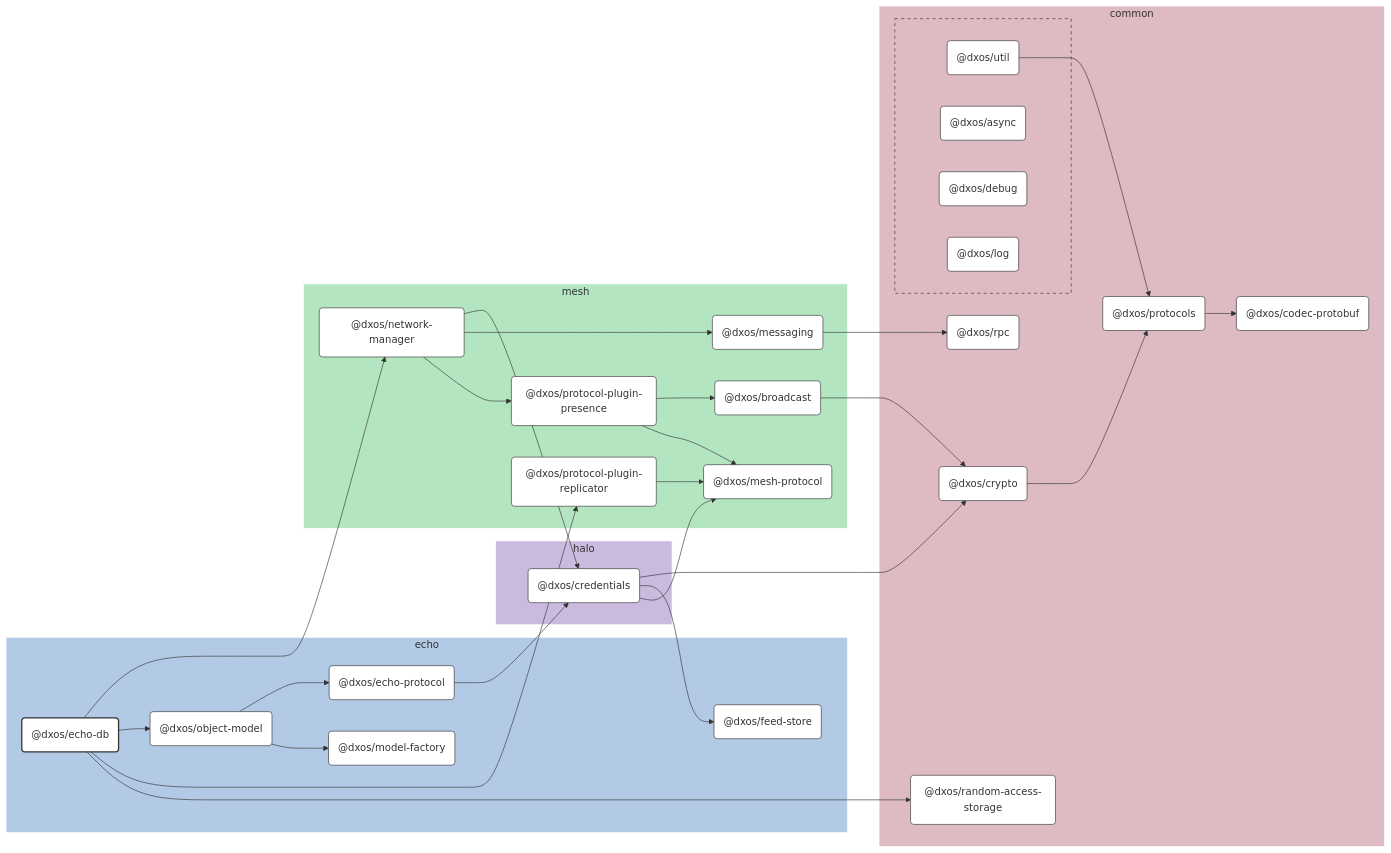
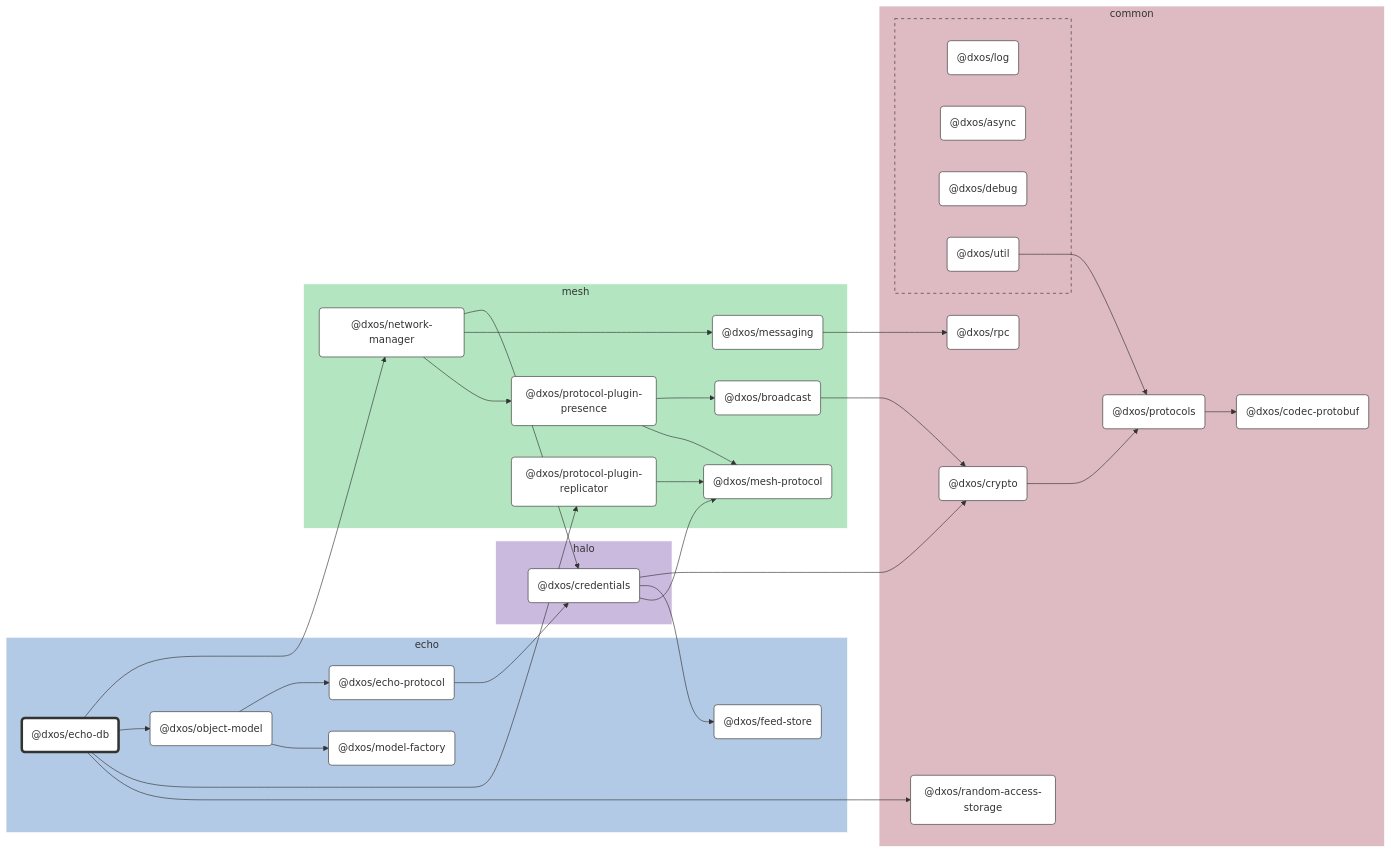
Before and after one commit to dxos/dxos: the diagram in packages/echo/echo-db/docs/README.md, drawn with Mermaid. The commit also changed 104 other files, not shown here.

````diff
--- a/packages/echo/echo-db/docs/README.md
+++ b/packages/echo/echo-db/docs/README.md
@@ -9,124 +9,95 @@
 
 flowchart LR
 
-%% Links
-dxos/broadcast --> dxos/crypto;
-dxos/credentials --> dxos/crypto;
-dxos/credentials --> dxos/feed-store;
-dxos/credentials --> dxos/mesh-protocol;
-dxos/crypto --> dxos/protocols;
-dxos/echo-db --> dxos/network-manager;
-dxos/echo-db --> dxos/object-model;
-dxos/echo-db --> dxos/protocol-plugin-replicator;
-dxos/echo-db --> dxos/random-access-storage;
-dxos/echo-protocol --> dxos/credentials;
-dxos/messaging --> dxos/rpc;
-dxos/network-manager --> dxos/credentials;
-dxos/network-manager --> dxos/messaging;
-dxos/network-manager --> dxos/protocol-plugin-presence;
-dxos/object-model --> dxos/echo-protocol;
-dxos/object-model --> dxos/model-factory;
-dxos/protocol-plugin-presence --> dxos/broadcast;
-dxos/protocol-plugin-presence --> dxos/mesh-protocol;
-dxos/protocol-plugin-replicator --> dxos/mesh-protocol;
-dxos/protocols --> dxos/codec-protobuf;
-dxos/util --> dxos/protocols;
+%% Classes
+classDef def fill:#fff,stroke:#333,stroke-width:1px
+classDef root fill:#fff,stroke:#333,stroke-width:4px
 
-%% Sections
-subgraph echo
-  style echo fill:#b3cae6,stroke:#fff;
+%% Nodes
 
-  dxos/echo-db("@dxos/echo-db")
-  dxos/echo-protocol("@dxos/echo-protocol")
-  dxos/feed-store("@dxos/feed-store")
-  dxos/model-factory("@dxos/model-factory")
-  dxos/object-model("@dxos/object-model")
+subgraph echo [echo]
+  style echo fill:#b3cae6,stroke:#fff
+  dxos/echo-db("@dxos/echo-db"):::root
+  click dxos/echo-db "dxos/dxos/tree/main/packages/echo/echo-db/docs"
+  dxos/feed-store("@dxos/feed-store"):::def
+  click dxos/feed-store "dxos/dxos/tree/main/packages/echo/feed-store/docs"
+  dxos/echo-protocol("@dxos/echo-protocol"):::def
+  click dxos/echo-protocol "dxos/dxos/tree/main/packages/echo/echo-protocol/docs"
+  dxos/model-factory("@dxos/model-factory"):::def
+  click dxos/model-factory "dxos/dxos/tree/main/packages/echo/model-factory/docs"
+  dxos/object-model("@dxos/object-model"):::def
+  click dxos/object-model "dxos/dxos/tree/main/packages/echo/object-model/docs"
 end
 
-subgraph common
-  style common fill:#debac2,stroke:#fff;
-
-  dxos/codec-protobuf("@dxos/codec-protobuf")
-  dxos/crypto("@dxos/crypto")
-  dxos/protocols("@dxos/protocols")
-  dxos/random-access-storage("@dxos/random-access-storage")
-  dxos/rpc("@dxos/rpc")
+subgraph common [common]
+  style common fill:#debac2,stroke:#fff
+  dxos/codec-protobuf("@dxos/codec-protobuf"):::def
+  click dxos/codec-protobuf "dxos/dxos/tree/main/packages/common/codec-protobuf/docs"
+  dxos/crypto("@dxos/crypto"):::def
+  click dxos/crypto "dxos/dxos/tree/main/packages/common/crypto/docs"
+  dxos/protocols("@dxos/protocols"):::def
+  click dxos/protocols "dxos/dxos/tree/main/packages/common/protocols/docs"
+  dxos/rpc("@dxos/rpc"):::def
+  click dxos/rpc "dxos/dxos/tree/main/packages/common/rpc/docs"
+  dxos/random-access-storage("@dxos/random-access-storage"):::def
+  click dxos/random-access-storage "dxos/dxos/tree/main/packages/common/random-access-storage/docs"
 
   subgraph common-excluded [ ]
-    style common-excluded fill:#debac2,stroke:#333,stroke-dasharray:5 5;
-
-    dxos/async("@dxos/async")
-    dxos/debug("@dxos/debug")
-    dxos/log("@dxos/log")
-    dxos/util("@dxos/util")
+    style common-excluded fill:#debac2,stroke:#333,stroke-dasharray:5 5
+    dxos/log("@dxos/log"):::def
+    click dxos/log "dxos/dxos/tree/main/packages/common/log/docs"
+    dxos/async("@dxos/async"):::def
+    click dxos/async "dxos/dxos/tree/main/packages/common/async/docs"
+    dxos/debug("@dxos/debug"):::def
+    click dxos/debug "dxos/dxos/tree/main/packages/common/debug/docs"
+    dxos/util("@dxos/util"):::def
+    click dxos/util "dxos/dxos/tree/main/packages/common/util/docs"
   end
 end
 
-subgraph halo
-  style halo fill:#cabade,stroke:#fff;
-
-  dxos/credentials("@dxos/credentials")
+subgraph halo [halo]
+  style halo fill:#cabade,stroke:#fff
+  dxos/credentials("@dxos/credentials"):::def
+  click dxos/credentials "dxos/dxos/tree/main/packages/halo/credentials/docs"
 end
 
-subgraph mesh
-  style mesh fill:#b3e6c0,stroke:#fff;
-
-  dxos/broadcast("@dxos/broadcast")
-  dxos/mesh-protocol("@dxos/mesh-protocol")
-  dxos/messaging("@dxos/messaging")
-  dxos/network-manager("@dxos/network-manager")
-  dxos/protocol-plugin-presence("@dxos/protocol-plugin-presence")
-  dxos/protocol-plugin-replicator("@dxos/protocol-plugin-replicator")
+subgraph mesh [mesh]
+  style mesh fill:#b3e6c0,stroke:#fff
+  dxos/mesh-protocol("@dxos/mesh-protocol"):::def
+  click dxos/mesh-protocol "dxos/dxos/tree/main/packages/mesh/mesh-protocol/docs"
+  dxos/messaging("@dxos/messaging"):::def
+  click dxos/messaging "dxos/dxos/tree/main/packages/mesh/messaging/docs"
+  dxos/network-manager("@dxos/network-manager"):::def
+  click dxos/network-manager "dxos/dxos/tree/main/packages/mesh/network-manager/docs"
+  dxos/protocol-plugin-presence("@dxos/protocol-plugin-presence"):::def
+  click dxos/protocol-plugin-presence "dxos/dxos/tree/main/packages/mesh/protocol-plugin-presence/docs"
+  dxos/broadcast("@dxos/broadcast"):::def
+  click dxos/broadcast "dxos/dxos/tree/main/packages/mesh/broadcast/docs"
+  dxos/protocol-plugin-replicator("@dxos/protocol-plugin-replicator"):::def
+  click dxos/protocol-plugin-replicator "dxos/dxos/tree/main/packages/mesh/protocol-plugin-replicator/docs"
 end
 
-
-%% Hyperlinks
-click dxos/async "dxos/dxos/tree/main/packages/common/async/docs";
-click dxos/broadcast "dxos/dxos/tree/main/packages/mesh/broadcast/docs";
-click dxos/codec-protobuf "dxos/dxos/tree/main/packages/common/codec-protobuf/docs";
-click dxos/credentials "dxos/dxos/tree/main/packages/halo/credentials/docs";
-click dxos/crypto "dxos/dxos/tree/main/packages/common/crypto/docs";
-click dxos/debug "dxos/dxos/tree/main/packages/common/debug/docs";
-click dxos/echo-protocol "dxos/dxos/tree/main/packages/echo/echo-protocol/docs";
-click dxos/feed-store "dxos/dxos/tree/main/packages/echo/feed-store/docs";
-click dxos/log "dxos/dxos/tree/main/packages/common/log/docs";
-click dxos/mesh-protocol "dxos/dxos/tree/main/packages/mesh/mesh-protocol/docs";
-click dxos/messaging "dxos/dxos/tree/main/packages/mesh/messaging/docs";
-click dxos/model-factory "dxos/dxos/tree/main/packages/echo/model-factory/docs";
-click dxos/network-manager "dxos/dxos/tree/main/packages/mesh/network-manager/docs";
-click dxos/object-model "dxos/dxos/tree/main/packages/echo/object-model/docs";
-click dxos/protocol-plugin-presence "dxos/dxos/tree/main/packages/mesh/protocol-plugin-presence/docs";
-click dxos/protocol-plugin-replicator "dxos/dxos/tree/main/packages/mesh/protocol-plugin-replicator/docs";
-click dxos/protocols "dxos/dxos/tree/main/packages/common/protocols/docs";
-click dxos/random-access-storage "dxos/dxos/tree/main/packages/common/random-access-storage/docs";
-click dxos/rpc "dxos/dxos/tree/main/packages/common/rpc/docs";
-click dxos/util "dxos/dxos/tree/main/packages/common/util/docs";
-
-%% Styles
-classDef rootNode fill:#fff,stroke:#333,stroke-width:2px
-classDef defaultNode fill:#fff,stroke:#333,stroke-width:1px
+%% Links
 linkStyle default stroke:#333,stroke-width:1px
-
-dxos/echo-db:::rootNode
-
-dxos/async:::defaultNode
-dxos/broadcast:::defaultNode
-dxos/codec-protobuf:::defaultNode
-dxos/credentials:::defaultNode
-dxos/crypto:::defaultNode
-dxos/debug:::defaultNode
-dxos/echo-protocol:::defaultNode
-dxos/feed-store:::defaultNode
-dxos/log:::defaultNode
-dxos/mesh-protocol:::defaultNode
-dxos/messaging:::defaultNode
-dxos/model-factory:::defaultNode
-dxos/network-manager:::defaultNode
-dxos/object-model:::defaultNode
-dxos/protocol-plugin-presence:::defaultNode
-dxos/protocol-plugin-replicator:::defaultNode
-dxos/protocols:::defaultNode
-dxos/random-access-storage:::defaultNode
-dxos/rpc:::defaultNode
-dxos/util:::defaultNode
+dxos/credentials --> dxos/crypto
+dxos/crypto --> dxos/protocols
+dxos/protocols --> dxos/codec-protobuf
+dxos/credentials --> dxos/feed-store
+dxos/util --> dxos/protocols
+dxos/credentials --> dxos/mesh-protocol
+dxos/echo-protocol --> dxos/credentials
+dxos/messaging --> dxos/rpc
+dxos/echo-db --> dxos/network-manager
+dxos/network-manager --> dxos/credentials
+dxos/network-manager --> dxos/messaging
+dxos/network-manager --> dxos/protocol-plugin-presence
+dxos/protocol-plugin-presence --> dxos/broadcast
+dxos/broadcast --> dxos/crypto
+dxos/protocol-plugin-presence --> dxos/mesh-protocol
+dxos/echo-db --> dxos/object-model
+dxos/object-model --> dxos/echo-protocol
+dxos/object-model --> dxos/model-factory
+dxos/echo-db --> dxos/protocol-plugin-replicator
+dxos/protocol-plugin-replicator --> dxos/mesh-protocol
+dxos/echo-db --> dxos/random-access-storage
 ```
````
